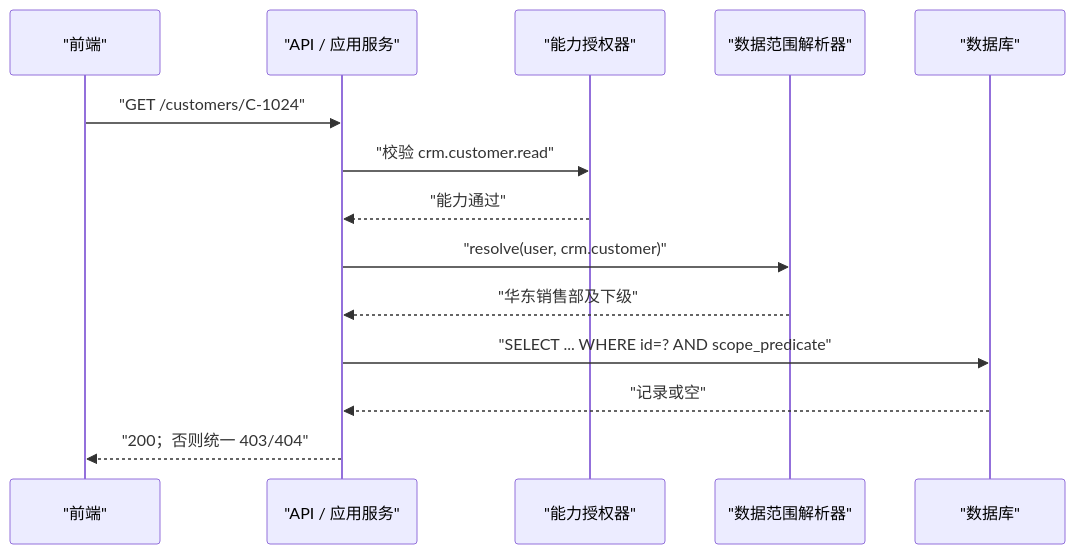
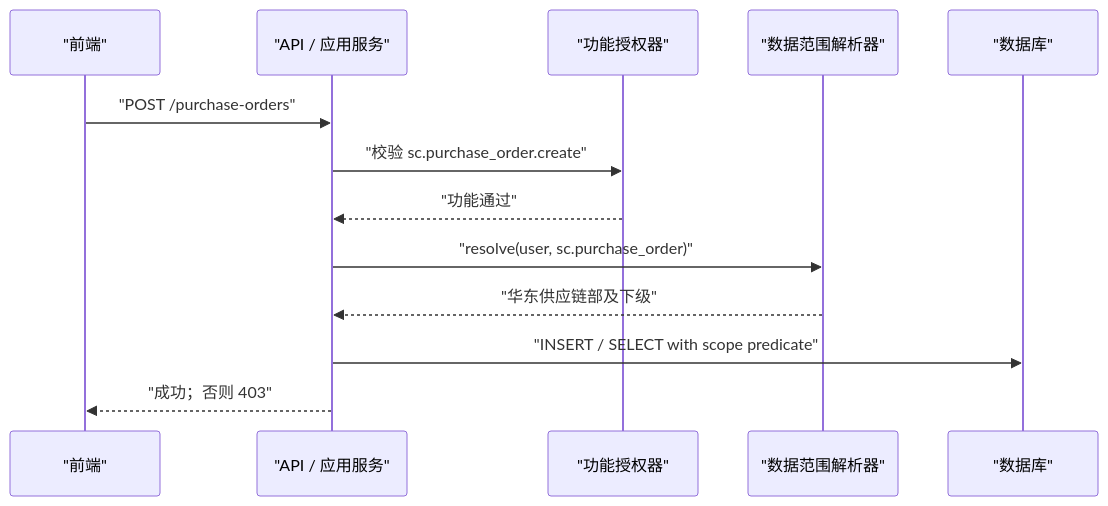
One commit to sugarboo/permission-architecture changed the second of 2 diagrams in 企业中台权限架构研发演示概要.md. Above: the diagram before and after it, drawn with Mermaid. The commit also changed other lines of this file and 83 other files, not shown here.

````diff
--- a/企业中台权限架构研发演示概要.md
+++ b/企业中台权限架构研发演示概要.md
@@ -180,17 +151,16 @@
 ```mermaid
 sequenceDiagram
   participant FE as "前端"
   participant API as "API / 应用服务"
-  participant IAM as "能力授权器"
+  participant IAM as "功能授权器"
   participant DS as "数据范围解析器"
   participant DB as "数据库"
 
-  FE->>API: "GET /customers/C-1024"
-  API->>IAM: "校验 crm.customer.read"
-  IAM-->>API: "能力通过"
-  API->>DS: "resolve(user, crm.customer)"
-  DS-->>API: "华东销售部及下级"
-  API->>DB: "SELECT ... WHERE id=? AND scope_predicate"
-  DB-->>API: "记录或空"
-  API-->>FE: "200；否则统一 403/404"
+  FE->>API: "POST /purchase-orders"
+  API->>IAM: "校验 sc.purchase_order.create"
+  IAM-->>API: "功能通过"
+  API->>DS: "resolve(user, sc.purchase_order)"
+  DS-->>API: "华东供应链部及下级"
+  API->>DB: "INSERT / SELECT with scope predicate"
+  API-->>FE: "成功；否则 403"
 ```
````
